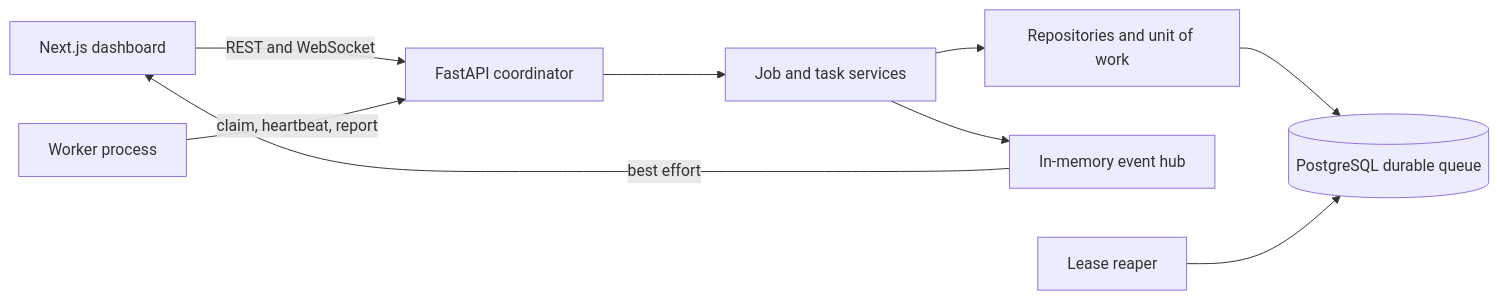
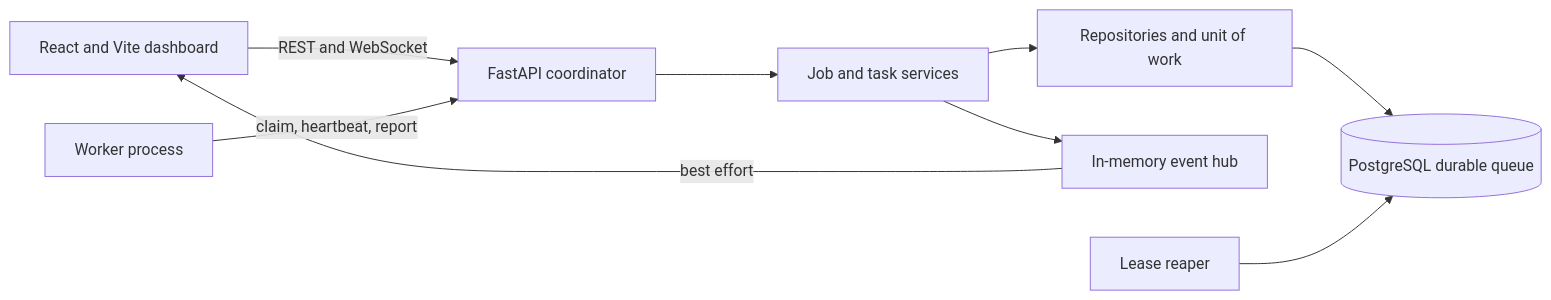
The first of 2 diagrams in docs/architecture.md (nihalmachhi/MeshCompute), drawn with Mermaid before and after one commit. The commit also changed 1 other file, not shown here.

Commit message:
docs: update dashboard architecture guidance

````diff
--- a/docs/architecture.md
+++ b/docs/architecture.md
@@ -3,11 +3,11 @@
 ```mermaid
 flowchart LR
-    UI[Next.js dashboard] -->|REST and WebSocket| API[FastAPI coordinator]
+    UI[React and Vite dashboard] -->|REST and WebSocket| API[FastAPI coordinator]
     API --> S[Job and task services]
     S --> R[Repositories and unit of work]
     R --> DB[(PostgreSQL durable queue)]
     W[Worker process] -->|claim, heartbeat, report| API
     S --> E[In-memory event hub]
     E -->|best effort| UI
     RP[Lease reaper] --> DB
 ```
````
